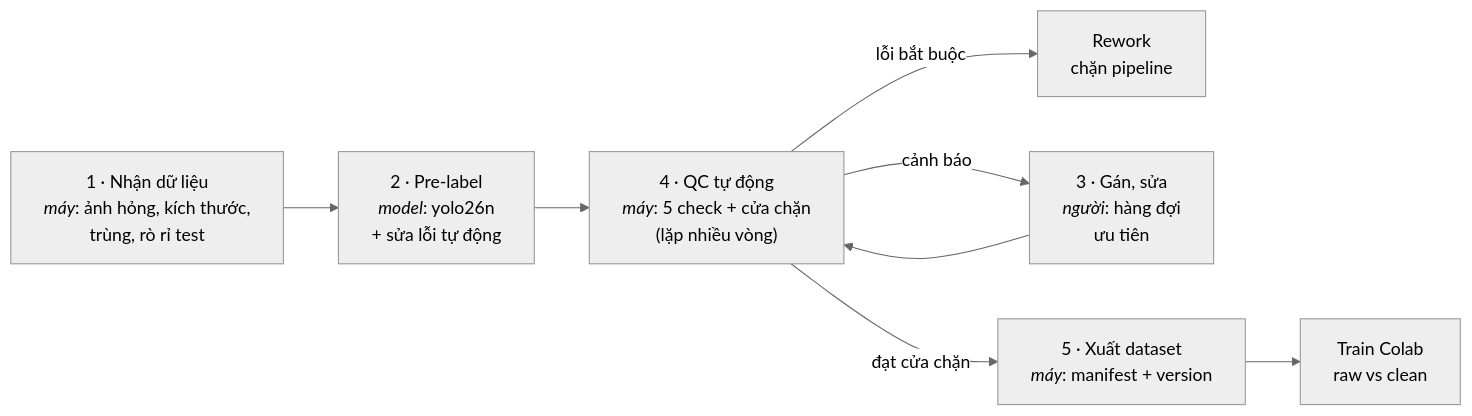
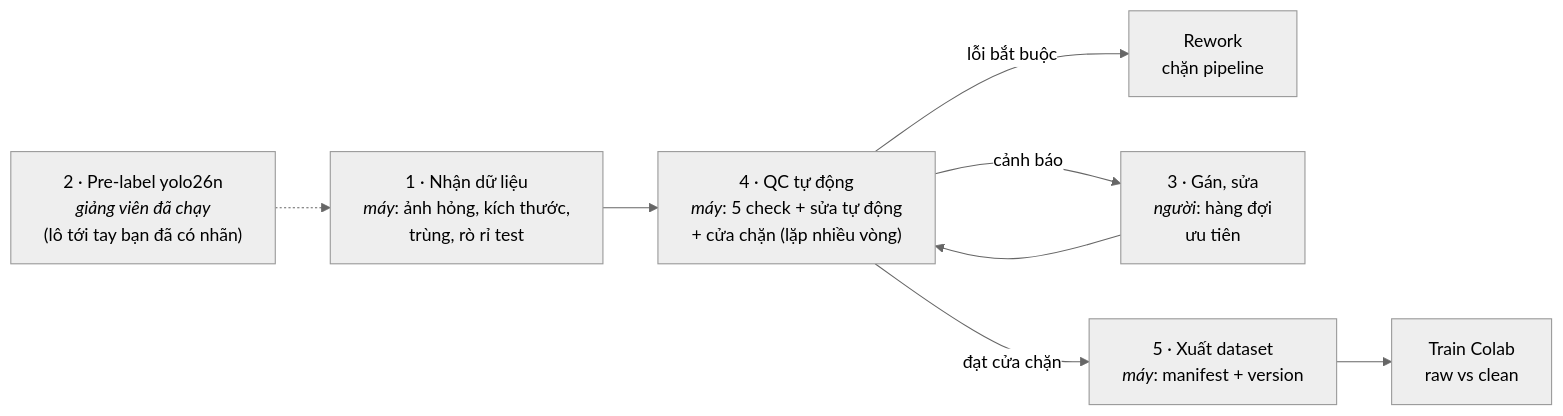
Before and after one commit to Adendz87/K5-L23-Day09-PhamHoangMinh-03064-AutoQC-Pipeline-Lab: the diagram in README.md, drawn with Mermaid (neutral theme). The commit also changed other lines of this file and 28 other files, not shown here.

Commit message:
Day 9 lab: học viên nhận lô đã gán nhãn, chỉ xây QC pipeline; needs_label, calibrate 5 khoá, anti-gaming, sửa theo review vòng 2

````diff
--- a/README.md
+++ b/README.md
@@ -10,10 +10,10 @@
 ```mermaid
 flowchart LR
-  A["1 · Nhận dữ liệu<br/><i>máy</i>: ảnh hỏng, kích thước,<br/>trùng, rò rỉ test"] --> B["2 · Pre-label<br/><i>model</i>: yolo26n<br/>+ sửa lỗi tự động"]
-  B --> C["4 · QC tự động<br/><i>máy</i>: 5 check + cửa chặn<br/>(lặp nhiều vòng)"]
+  P["2 · Pre-label yolo26n<br/><i>giảng viên đã chạy</i><br/>(lô tới tay bạn đã có nhãn)"] -.-> A
+  A["1 · Nhận dữ liệu<br/><i>máy</i>: ảnh hỏng, kích thước,<br/>trùng, rò rỉ test"] --> C["4 · QC tự động<br/><i>máy</i>: 5 check + sửa tự động<br/>+ cửa chặn (lặp nhiều vòng)"]
   C -->|lỗi bắt buộc| X["Rework<br/>chặn pipeline"]
   C -->|cảnh báo| D["3 · Gán, sửa<br/><i>người</i>: hàng đợi<br/>ưu tiên"]
   D --> C
   C -->|đạt cửa chặn| E["5 · Xuất dataset<br/><i>máy</i>: manifest + version"]
   E --> F["Train Colab<br/>raw vs clean"]
 ```
````
